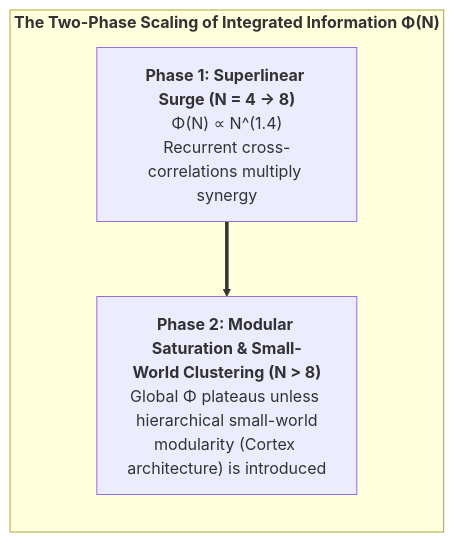
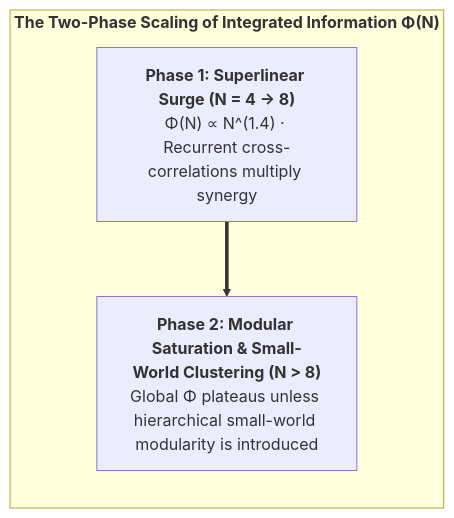
Before and after one commit to Thriebl/active-inference-phi-network: the seventh of 7 diagrams in book/manuscript_en/04_fundamental_bridge_master_equivalence.md, drawn with Mermaid. The commit also changed other lines of this file and 16 other files, not shown here.

Commit message:
Enhance English monograph: standardize chart sizing, number figures/statements/tables, add lists before App E, link open-source repo

````diff
--- a/book/manuscript_en/04_fundamental_bridge_master_equivalence.md
+++ b/book/manuscript_en/04_fundamental_bridge_master_equivalence.md
@@ -273,12 +269,12 @@
 ```mermaid
-flowchart LR
+flowchart TD
     subgraph SCALING_PHASES["<b>The Two-Phase Scaling of Integrated Information Φ(N)</b>"]
         direction TB
         
-        PHASE_1["<b>Phase 1: Superlinear Surge (N = 4 → 8)</b><br>Φ(N) ∝ N^(1.4)<br>Recurrent cross-correlations multiply synergy"]
+        PHASE_1["<b>Phase 1: Superlinear Surge (N = 4 → 8)</b><br>Φ(N) ∝ N^(1.4) · Recurrent cross-correlations multiply synergy"]
         
-        PHASE_2["<b>Phase 2: Modular Saturation & Small-World Clustering (N > 8)</b><br>Global Φ plateaus unless hierarchical small-world<br>modularity (Cortex architecture) is introduced"]
+        PHASE_2["<b>Phase 2: Modular Saturation & Small-World Clustering (N > 8)</b><br>Global Φ plateaus unless hierarchical small-world modularity is introduced"]
         
         PHASE_1 ==> PHASE_2
     end
 ```
````
